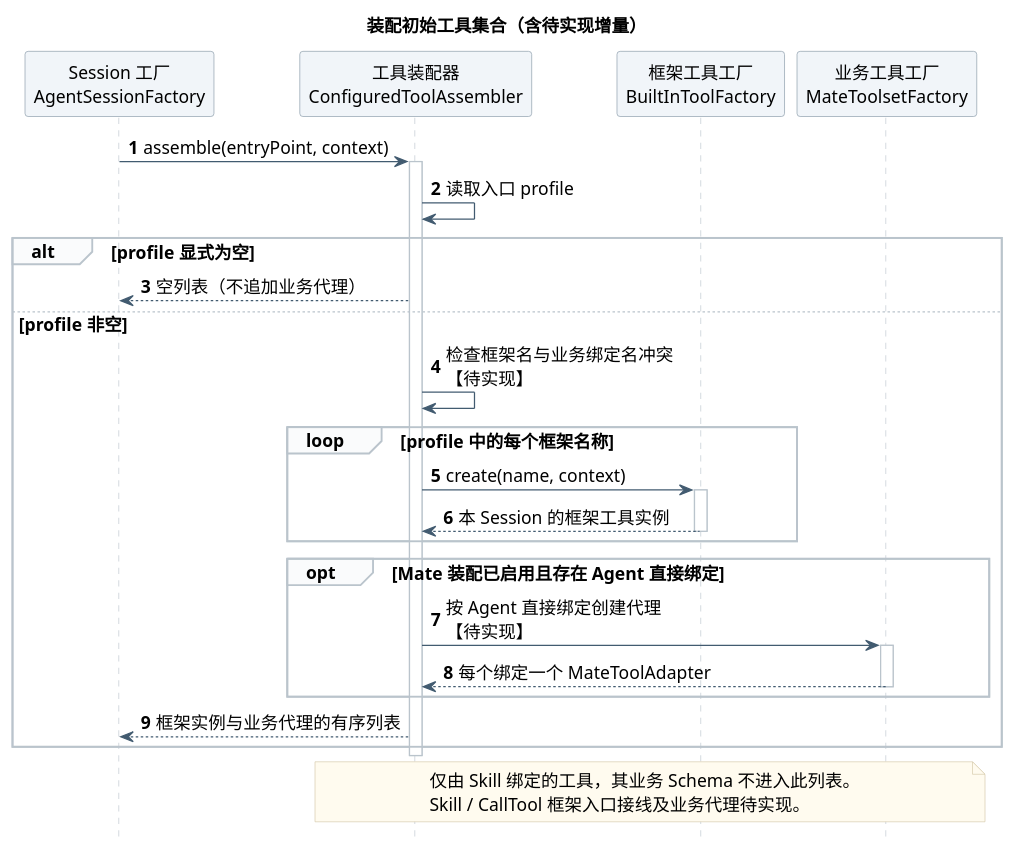
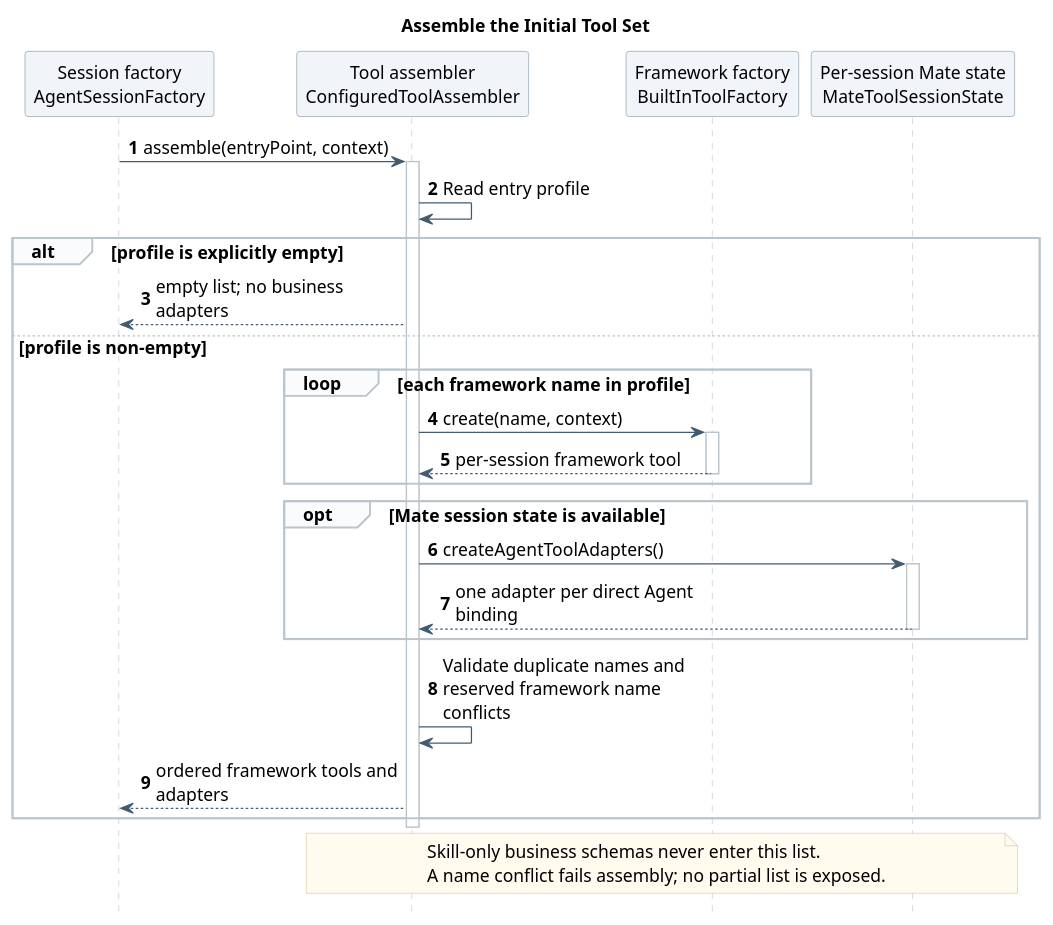
One commit to ssm0808/pi-mono-java-design changed the third of 12 diagrams in 01-总体架构/02-CampusClaw工具系统/diagram.puml. Above: the diagram before and after it, drawn with PlantUML. The commit also changed other lines of this file and 20 other files, not shown here.

Commit message:
docs(tools): define argument recovery and recoverable tool feedback

```diff
--- a/01-总体架构/02-CampusClaw工具系统/diagram.puml
+++ b/01-总体架构/02-CampusClaw工具系统/diagram.puml
@@ -195,57 +196,55 @@
 @startuml tool_set_assembly
 skinparam backgroundColor white
-skinparam defaultFontName "PingFang SC"
+skinparam defaultFontName SansSerif
 skinparam defaultFontSize 14
 skinparam shadowing false
 skinparam sequenceMessageAlign left
 skinparam maxMessageSize 210
 skinparam sequenceArrowColor #425B70
 skinparam sequenceLifeLineBorderColor #BAC4CC
 skinparam sequenceParticipantBackgroundColor #F1F5F9
 skinparam sequenceParticipantBorderColor #8496A4
 skinparam sequenceGroupBackgroundColor #FAFBFC
 skinparam sequenceGroupBorderColor #BAC4CC
 skinparam sequenceReferenceBackgroundColor #EEF4FA
 skinparam sequenceReferenceBorderColor #8496A4
 skinparam noteBackgroundColor #FFFBEF
 skinparam noteBorderColor #D2C6A5
 hide footbox
 autonumber
-' Source evidence (CampusClaw fb842b1ac6cb4818f6b146f79dd184a5cd88bf12, checked 2026-09-21):
+' Source evidence (CampusClaw c9a2340f87bda6dff6bbd352f6995f8551206bb5, checked 2026-09-22):
+' modules/coding-agent-cli/src/main/java/com/campusclaw/codingagent/tool/builtin/DefaultConfiguredToolAssembler.java: assemble, validateNames
+' modules/coding-agent-cli/src/main/java/com/campusclaw/codingagent/tool/builtin/DefaultBuiltInToolFactory.java: create, contextualTool
+' modules/coding-agent-cli/src/main/java/com/campusclaw/codingagent/tool/mate/MateToolSessionState.java: createAgentToolAdapters
+' Observed behavior: framework tools and direct Agent adapters are created before name validation; an explicit empty profile returns immediately.
+' Design reason: validate the complete list before exposing it, while Skill-only schemas stay outside initial assembly.
+title Assemble the Initial Tool Set
 
-' modules/coding-agent-cli/src/main/java/com/campusclaw/codingagent/tool/builtin/DefaultConfiguredToolAssembler.java: assemble
-' modules/coding-agent-cli/src/main/java/com/campusclaw/codingagent/tool/builtin/DefaultBuiltInToolFactory.java: create, contextualTool
-' modules/coding-agent-cli/src/main/java/com/campusclaw/codingagent/tool/mate/MateToolsetFactory.java: createSession
-' Observed behavior: the assembler currently maps framework profiles only; contextual tools use Host-provided factories.
-' Design reason: separate framework construction from direct Agent adapters, retaining the explicit empty profile.
-' Pending implementation: name-conflict checks, Skill/CallTool entries, and direct Agent adapter construction.
-title 装配初始工具集合（含待实现增量）
-
-participant "Session 工厂\nAgentSessionFactory" as Factory
-participant "工具装配器\nConfiguredToolAssembler" as Assembler
-participant "框架工具工厂\nBuiltInToolFactory" as BuiltIn
-participant "业务工具工厂\nMateToolsetFactory" as MateFactory
+participant "Session factory\nAgentSessionFactory" as Factory
+participant "Tool assembler\nConfiguredToolAssembler" as Assembler
+participant "Framework factory\nBuiltInToolFactory" as BuiltIn
+participant "Per-session Mate state\nMateToolSessionState" as MateFactory
 
 Factory -> Assembler ++ : assemble(entryPoint, context)
-Assembler -> Assembler : 读取入口 profile
-alt profile 显式为空
-  Assembler --> Factory : 空列表（不追加业务代理）
-else profile 非空
-  Assembler -> Assembler : 检查框架名与业务绑定名冲突\n【待实现】
-  loop profile 中的每个框架名称
+Assembler -> Assembler : Read entry profile
+alt profile is explicitly empty
+  Assembler --> Factory : empty list; no business adapters
+else profile is non-empty
+  loop each framework name in profile
     Assembler -> BuiltIn ++ : create(name, context)
-    BuiltIn --> Assembler -- : 本 Session 的框架工具实例
+    BuiltIn --> Assembler -- : per-session framework tool
   end
-  opt Mate 装配已启用且存在 Agent 直接绑定
-    Assembler -> MateFactory ++ : 按 Agent 直接绑定创建代理\n【待实现】
-    MateFactory --> Assembler -- : 每个绑定一个 MateToolAdapter
+  opt Mate session state is available
+    Assembler -> MateFactory ++ : createAgentToolAdapters()
+    MateFactory --> Assembler -- : one adapter per direct Agent binding
   end
-  Assembler --> Factory : 框架实例与业务代理的有序列表
+  Assembler -> Assembler : Validate duplicate names and\nreserved framework name conflicts
+  Assembler --> Factory : ordered framework tools and adapters
 end
 deactivate Assembler
 
 note over Assembler, MateFactory
-  仅由 Skill 绑定的工具，其业务 Schema 不进入此列表。
-  Skill / CallTool 框架入口接线及业务代理待实现。
+  Skill-only business schemas never enter this list.
+  A name conflict fails assembly; no partial list is exposed.
 end note
 @enduml
```
